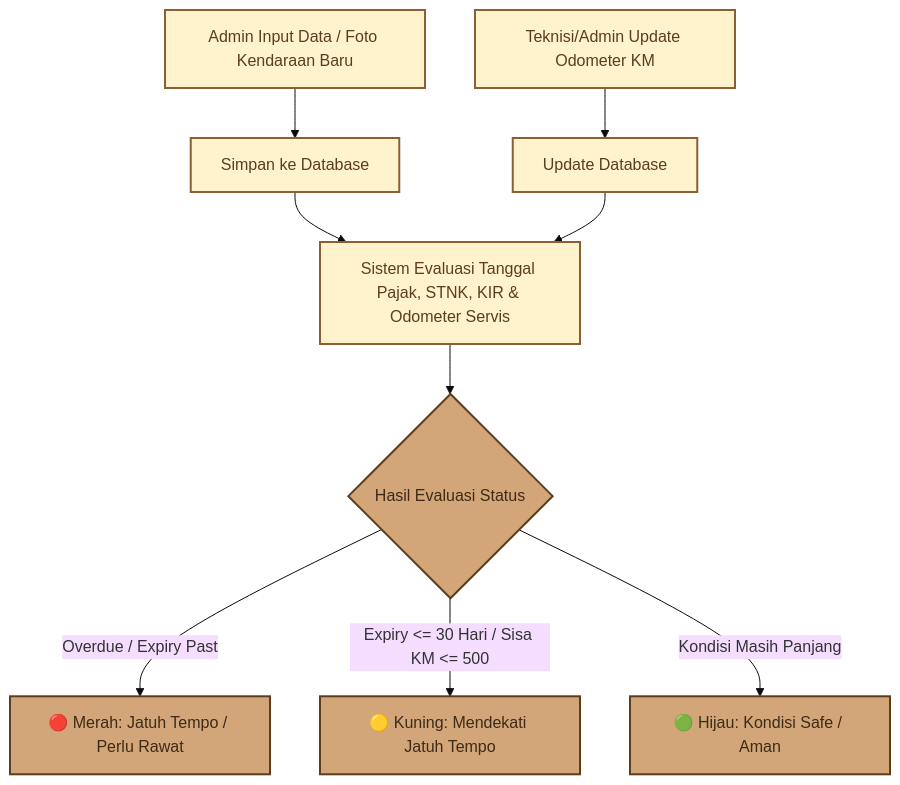
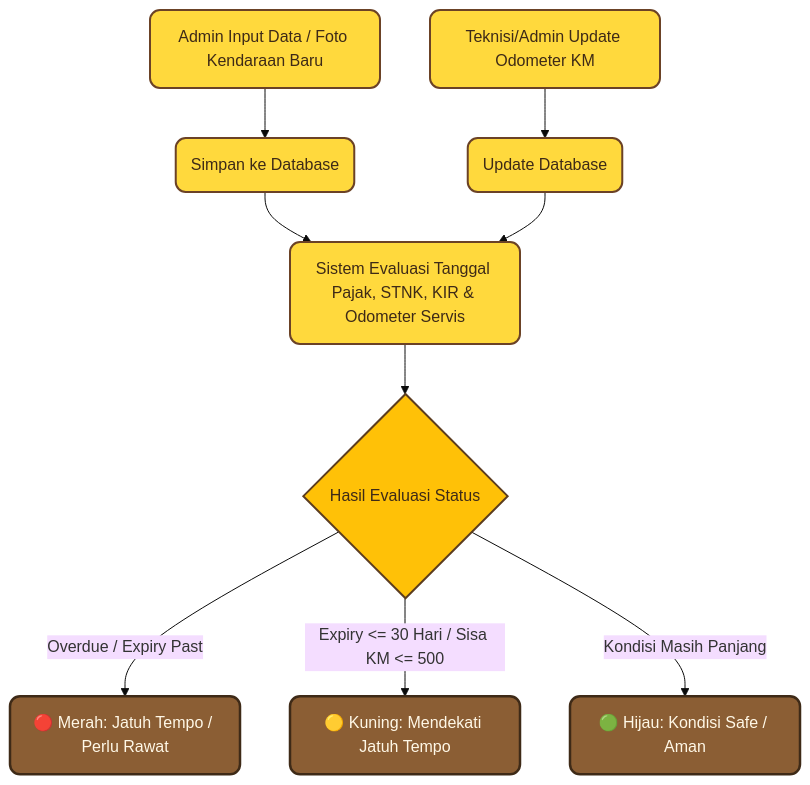
One commit to nazwasalsabila181718-droid/manajemen_perawatan changed the fourth of 13 diagrams in docs/DOKUMENTASI_MODULE_SISTEM.md. Above: the diagram before and after it, drawn with Mermaid (base theme). The commit also changed other lines of this file, not shown here.

Commit message:
style: modernisasi diagram mermaid dengan tema kuning cerah rounded

````diff
--- a/docs/DOKUMENTASI_MODULE_SISTEM.md
+++ b/docs/DOKUMENTASI_MODULE_SISTEM.md
@@ -114,17 +120,19 @@
 ```mermaid
 flowchart TD
-    classDef default fill:#FFF3CD,stroke:#8B5E34,stroke-width:2px,color:#5C3D1F;
-    classDef highlight fill:#D2A679,stroke:#5C3D1F,stroke-width:2px,color:#3E2A17;
-
-    A[Admin Input Data / Foto Kendaraan Baru] --> B[Simpan ke Database]
-    C[Teknisi/Admin Update Odometer KM] --> D[Update Database]
-    B --> E[Sistem Evaluasi Tanggal Pajak, STNK, KIR & Odometer Servis]
+    A(Admin Input Data / Foto Kendaraan Baru) --> B(Simpan ke Database)
+    C(Teknisi/Admin Update Odometer KM) --> D(Update Database)
+    B --> E(Sistem Evaluasi Tanggal Pajak, STNK, KIR & Odometer Servis)
     D --> E
     E --> F{Hasil Evaluasi Status}
-    F -- Overdue / Expiry Past --> G[🔴 Merah: Jatuh Tempo / Perlu Rawat]
-    F -- Expiry <= 30 Hari / Sisa KM <= 500 --> H[🟡 Kuning: Mendekati Jatuh Tempo]
-    F -- Kondisi Masih Panjang --> I[🟢 Hijau: Kondisi Safe / Aman]
+    F -- Overdue / Expiry Past --> G(🔴 Merah: Jatuh Tempo / Perlu Rawat)
+    F -- Expiry <= 30 Hari / Sisa KM <= 500 --> H(🟡 Kuning: Mendekati Jatuh Tempo)
+    F -- Kondisi Masih Panjang --> I(🟢 Hijau: Kondisi Safe / Aman)
+
+    classDef default fill:#FFD93D,stroke:#6B4226,stroke-width:2px,color:#3E2A17,rx:10,ry:10;
+    classDef highlight fill:#8B5E34,stroke:#3E2A17,stroke-width:2.5px,color:#FFF8E7,rx:10,ry:10;
+    classDef decision fill:#FFC107,stroke:#5C3D1F,stroke-width:2px,color:#3E2A17;
 
     class A,B,C,D,E default;
-    class F,G,H,I highlight;
+    class G,H,I highlight;
+    class F decision;
 ```
````
